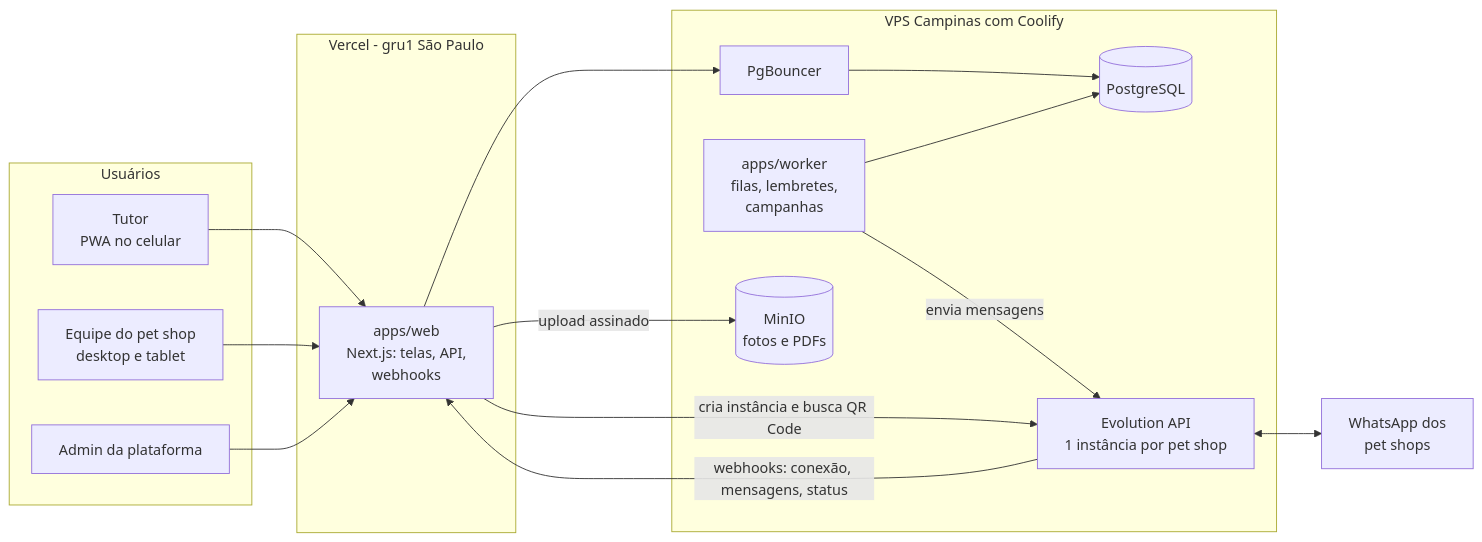
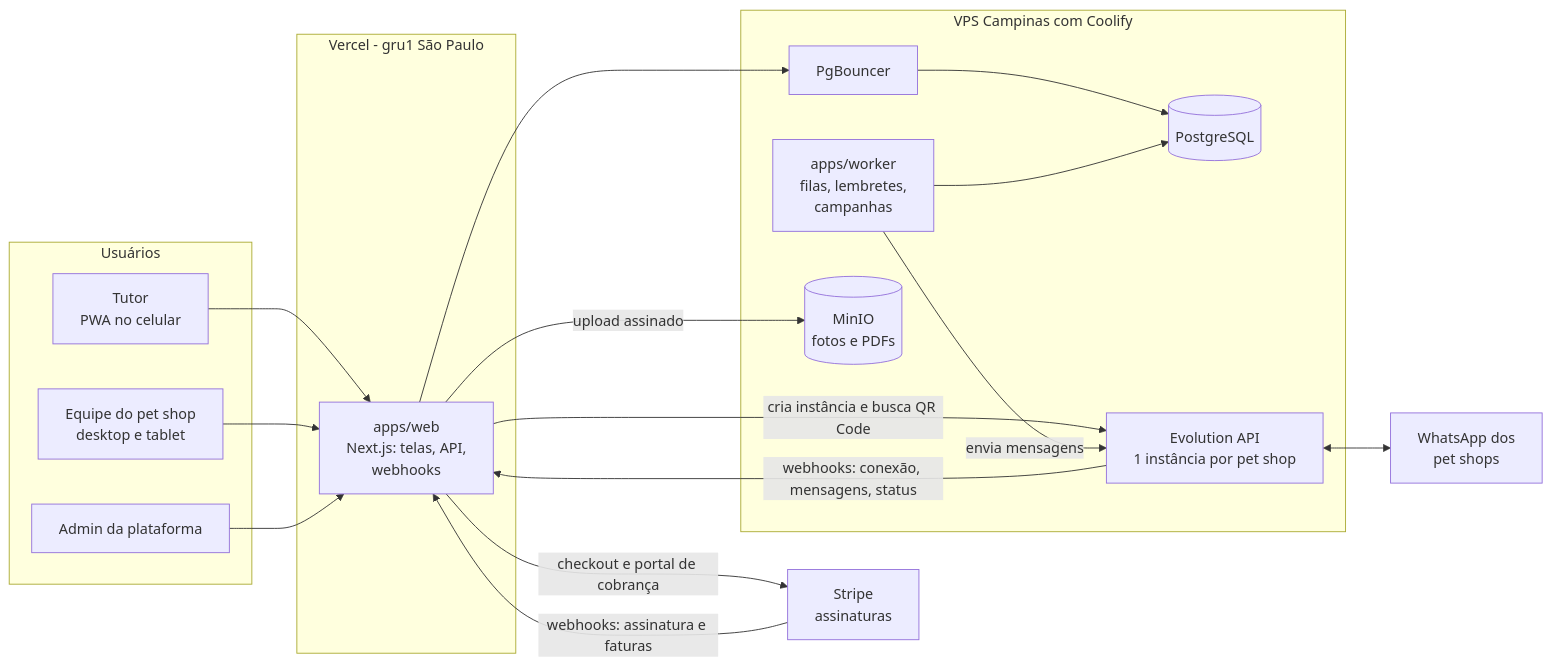
The second of 3 diagrams in docs/PRD.md (guilhermerevest-art/petshop), drawn with Mermaid before and after one commit. The commit also changed other lines of this file and 1 other file, not shown here.

First line of the commit message:
docs: PRD v0.3 com agenda por capacidade e assinatura via Stripe

````diff
--- a/docs/PRD.md
+++ b/docs/PRD.md
@@ -465,33 +514,36 @@
 ```mermaid
 flowchart LR
     subgraph Usuarios[Usuários]
         T[Tutor<br/>PWA no celular]
         E[Equipe do pet shop<br/>desktop e tablet]
         P[Admin da plataforma]
     end
 
     subgraph Vercel[Vercel - gru1 São Paulo]
         W[apps/web<br/>Next.js: telas, API,<br/>webhooks]
     end
 
     subgraph VPS[VPS Campinas com Coolify]
         PGB[PgBouncer]
         PG[(PostgreSQL)]
         WK[apps/worker<br/>filas, lembretes,<br/>campanhas]
         EVO[Evolution API<br/>1 instância por pet shop]
         S3[(MinIO<br/>fotos e PDFs)]
     end
 
+    ST[Stripe<br/>assinaturas]
     WA[WhatsApp dos<br/>pet shops]
 
     T --> W
     E --> W
     P --> W
     W --> PGB --> PG
     WK --> PG
     W -->|upload assinado| S3
     W -->|cria instância e busca QR Code| EVO
     WK -->|envia mensagens| EVO
     EVO <--> WA
     EVO -->|webhooks: conexão, mensagens, status| W
+    W -->|checkout e portal de cobrança| ST
+    ST -->|webhooks: assinatura e faturas| W
 ```
````
